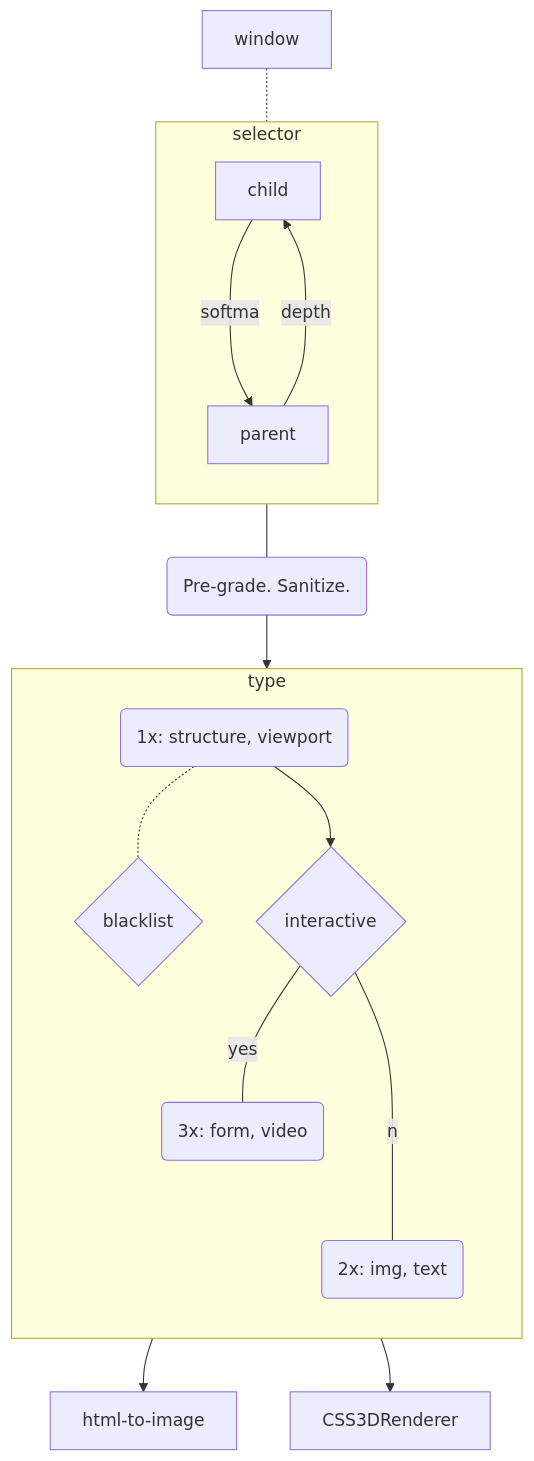
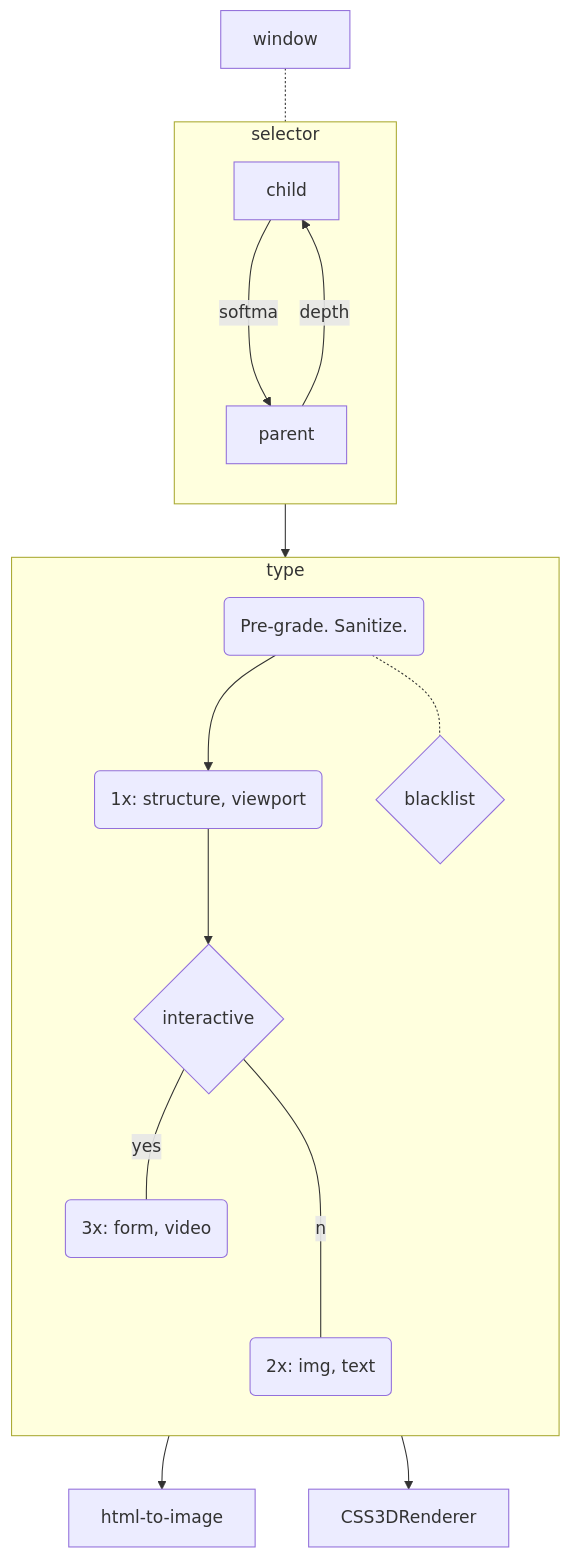
One commit to KurtPachinger/mpos-precept changed the diagram in README.md. Above: the diagram before and after it, drawn with Mermaid.

````diff
--- a/README.md
+++ b/README.md
@@ -5,30 +5,31 @@
 ```mermaid
 flowchart TB
 
 window-.-selector
 subgraph selector
  direction TB
  child--softmax-->parent
  parent--depth-->child
 end
 
 grade("Pre-grade. Sanitize.")
   
 
-
-selector---grade-->a
+  
+selector-->grade-->a
 
 subgraph type
   direction TB
 
   a("1x: structure, viewport")
-  a-.-tag{blacklist}
+  grade-.-tag{blacklist}
+
   a-->b{interactive}
   b--no---poster("2x: img, text")
   b--yes---native("3x: form, video")
 
 end
 
 poster-->html-to-image
 native-->CSS3DRenderer
 ```
````
